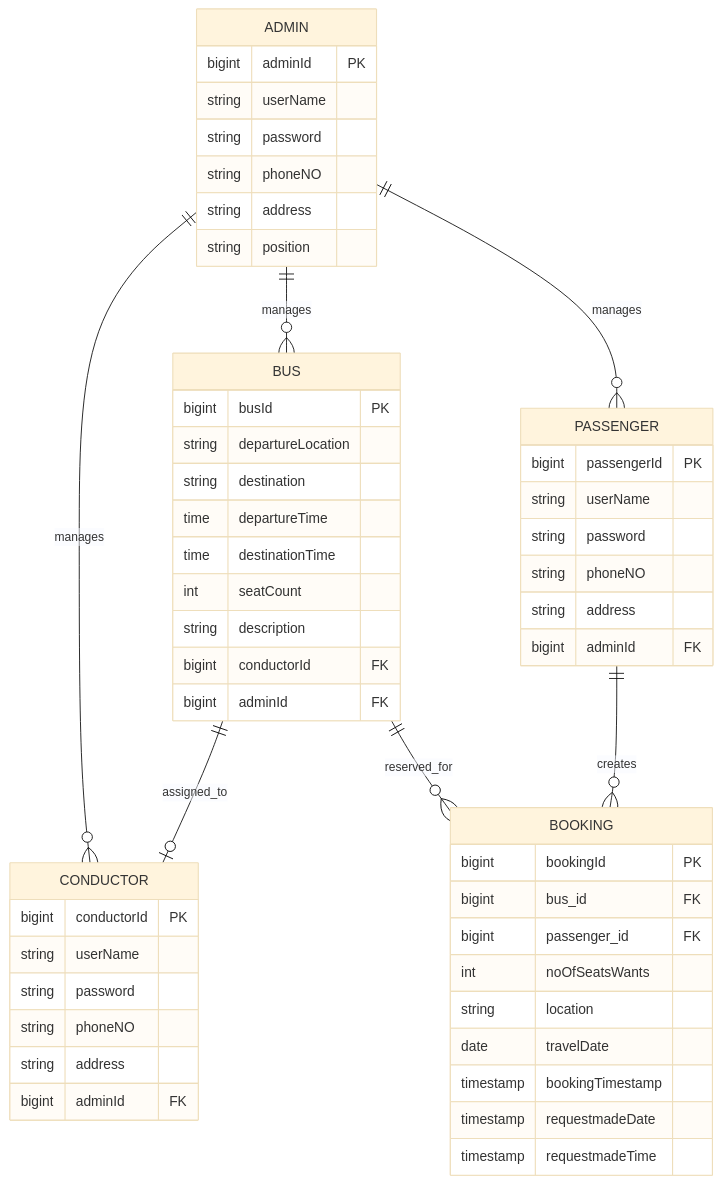
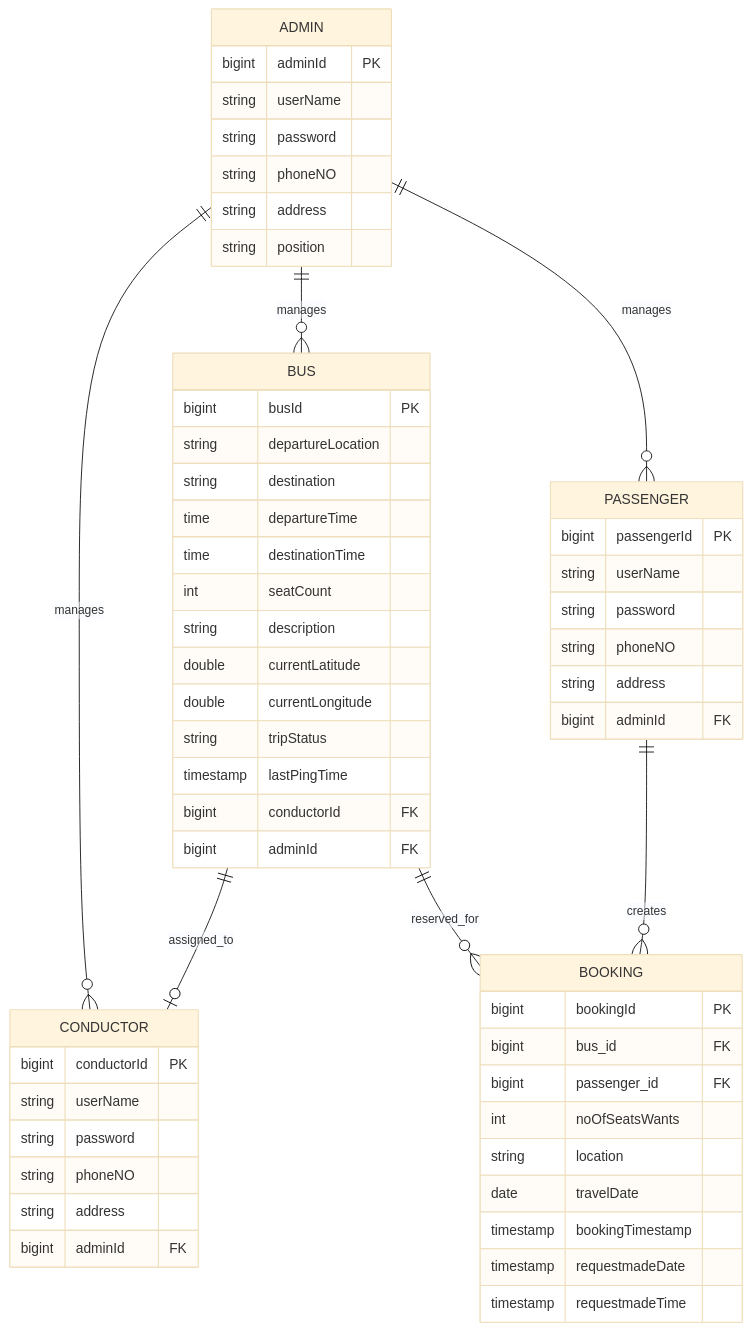
Before and after one commit to nidulanuran/BusBookingSystem: the second of 2 diagrams in README.md, drawn with Mermaid (base theme). The commit also changed other lines of this file and 1 other file, not shown here.

````diff
--- a/README.md
+++ b/README.md
@@ -185,60 +222,64 @@
 ```mermaid
 erDiagram
     ADMIN ||--o{ BUS : manages
     ADMIN ||--o{ CONDUCTOR : manages
     ADMIN ||--o{ PASSENGER : manages
     BUS ||--o| CONDUCTOR : assigned_to
     BUS ||--o{ BOOKING : reserved_for
     PASSENGER ||--o{ BOOKING : creates
 
     ADMIN {
         bigint adminId PK
         string userName
         string password
         string phoneNO
         string address
         string position
     }
 
     BUS {
         bigint busId PK
         string departureLocation
         string destination
         time departureTime
         time destinationTime
         int seatCount
         string description
+        double currentLatitude
+        double currentLongitude
+        string tripStatus
+        timestamp lastPingTime
         bigint conductorId FK
         bigint adminId FK
     }
 
     CONDUCTOR {
         bigint conductorId PK
         string userName
         string password
         string phoneNO
         string address
         bigint adminId FK
     }
 
     PASSENGER {
         bigint passengerId PK
         string userName
         string password
         string phoneNO
         string address
         bigint adminId FK
     }
 
     BOOKING {
         bigint bookingId PK
         bigint bus_id FK
         bigint passenger_id FK
         int noOfSeatsWants
         string location
         date travelDate
         timestamp bookingTimestamp
         timestamp requestmadeDate
         timestamp requestmadeTime
     }
 ```
````
